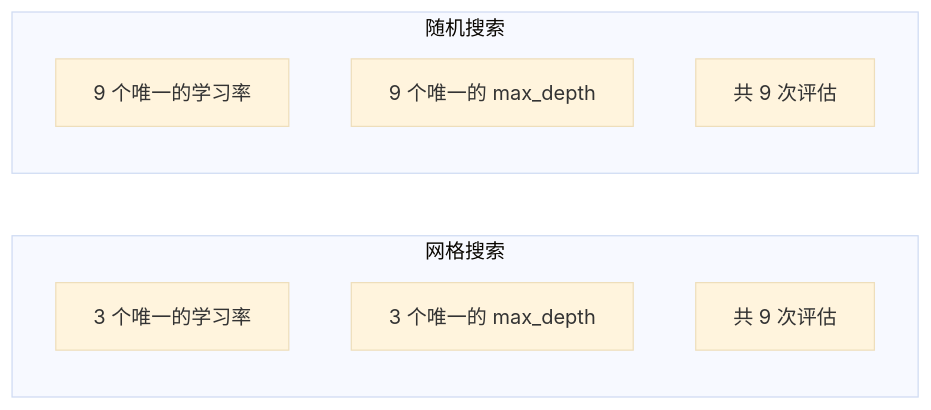
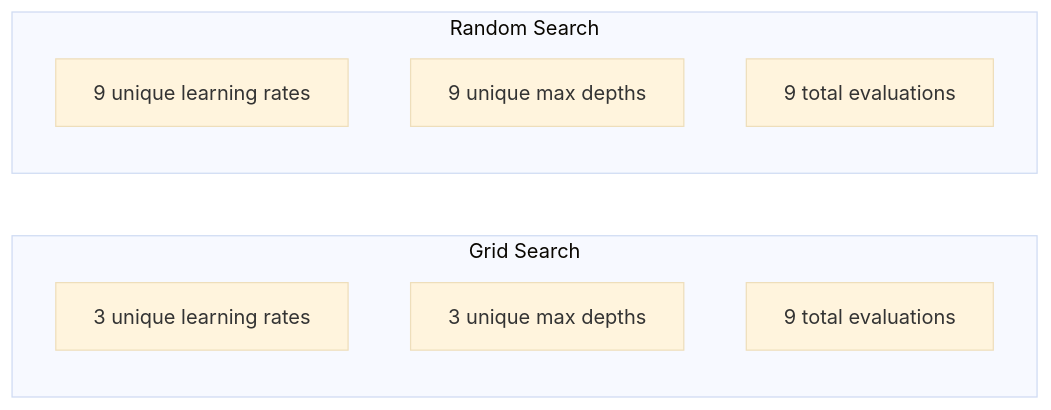
Before and after one commit to xiaojiaenen/ai-engineering-from-scratch-zh: the first of 4 diagrams in i18n/zh/phases/02-ml-fundamentals/12-hyperparameter-tuning/docs/zh.md, drawn with Mermaid (base theme). The commit also changed other lines of this file and 18 other files, not shown here.

````diff
--- a/i18n/zh/phases/02-ml-fundamentals/12-hyperparameter-tuning/docs/zh.md
+++ b/i18n/zh/phases/02-ml-fundamentals/12-hyperparameter-tuning/docs/zh.md
@@ -61,14 +61,14 @@
 ```mermaid
 flowchart LR
-    subgraph 网格搜索
-        G1[3 个唯一的学习率]
-        G2[3 个唯一的 max_depth]
-        G3[共 9 次评估]
+    subgraph Grid Search
+        G1[3 unique learning rates]
+        G2[3 unique max depths]
+        G3[9 total evaluations]
     end
 
-    subgraph 随机搜索
-        R1[9 个唯一的学习率]
-        R2[9 个唯一的 max_depth]
-        R3[共 9 次评估]
+    subgraph Random Search
+        R1[9 unique learning rates]
+        R2[9 unique max depths]
+        R3[9 total evaluations]
     end
 ```
````
